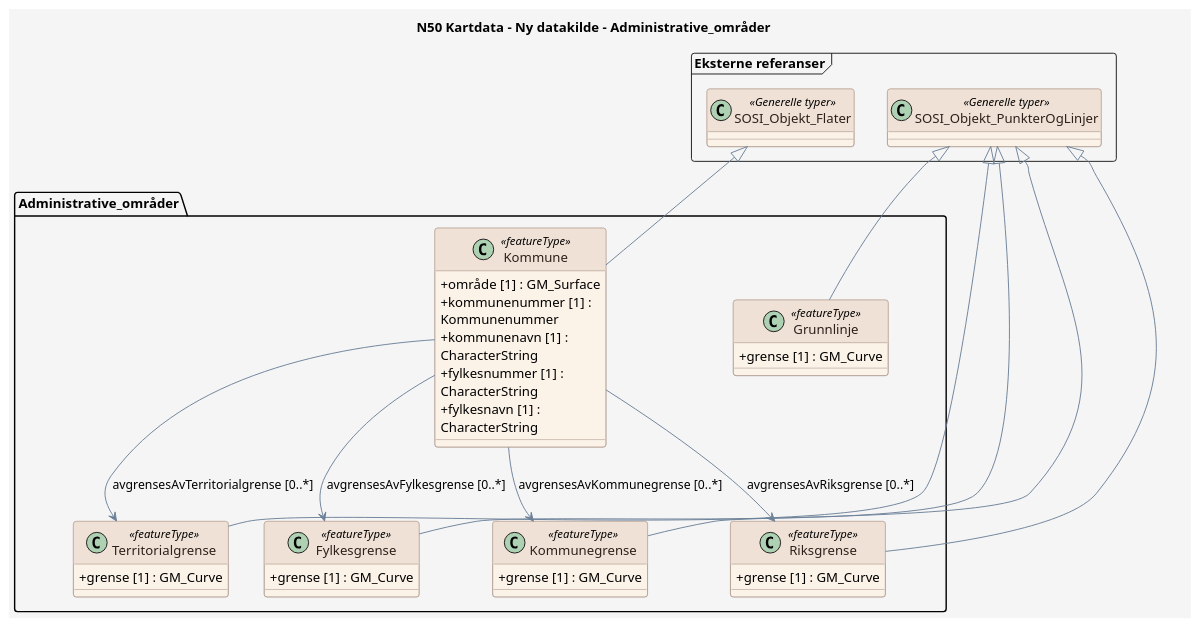
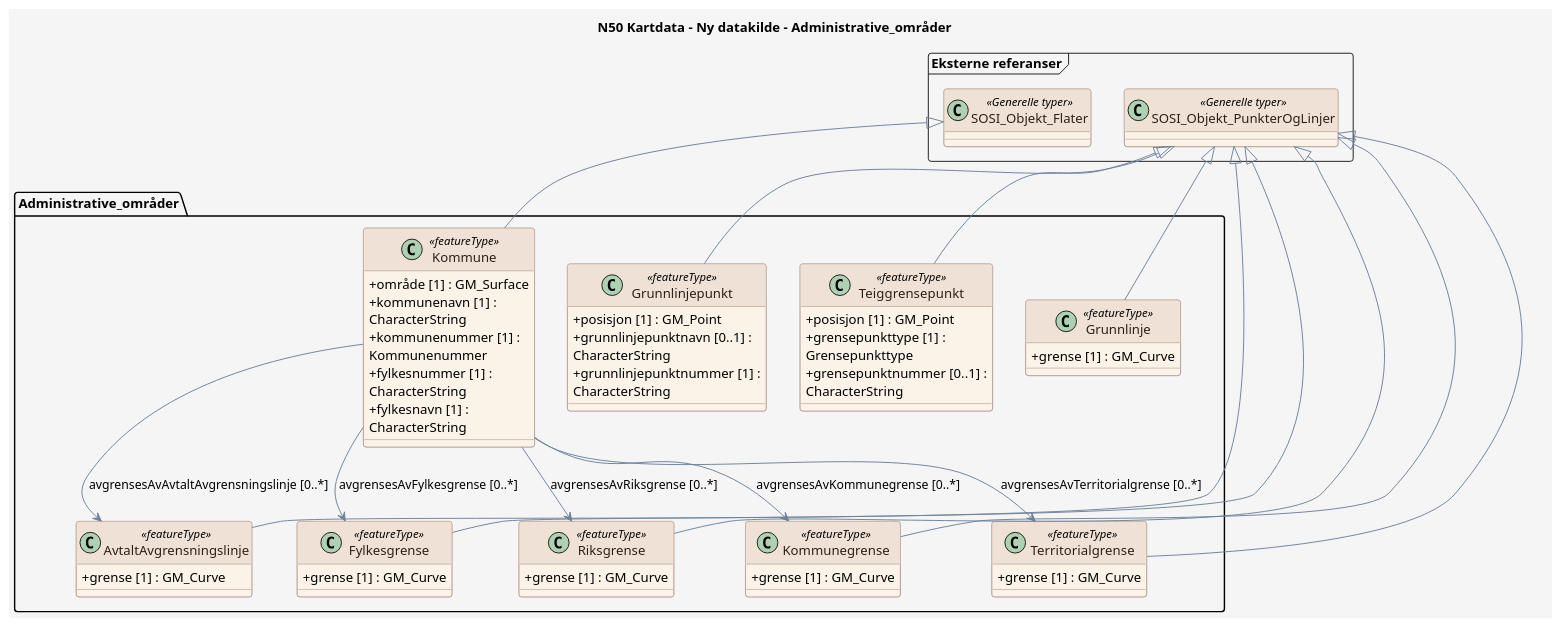
Before and after one commit to KentJonsrud/produktspesifikasjon_sommer: the diagram in produktspesifikasjon/n50-kartdata/ny-datakilde/ny-datakilde_feature_catalogue_Administrative_omr_der.puml, drawn with PlantUML. The commit also changed 26 other files, not shown here.

```diff
--- a/produktspesifikasjon/n50-kartdata/ny-datakilde/ny-datakilde_feature_catalogue_Administrative_omr_der.puml
+++ b/produktspesifikasjon/n50-kartdata/ny-datakilde/ny-datakilde_feature_catalogue_Administrative_omr_der.puml
@@ -1,80 +1,100 @@
 @startuml
 ' For wide diagrams, render with: plantuml -DPLANTUML_LIMIT_SIZE=16384 ...
 ' The 'scale max' directive below caps the rendered output to prevent the
 ' default PlantUML 4096px size limit from cropping the diagram.
 scale max 4000*4000
 
 title N50 Kartdata - Ny datakilde - Administrative_områder
 
 skinparam backgroundColor #F5F5F5
 skinparam shadowing false
 skinparam RoundCorner 6
 skinparam ArrowColor #6C8198
 skinparam wrapWidth 200
 skinparam class {
   BackgroundColor #FBF2E8
   BorderColor #9C8578
   FontColor #2D201A
   HeaderBackgroundColor #EFE1D6
   HeaderFontColor #2D201A
   AttributeIconSize 0
 }
 skinparam note {
   BackgroundColor #FFFFFF
   BorderColor #6C8198
   FontColor #2D201A
 }
 skinparam stereotypeCBackgroundColor #EAD9CE
 skinparam stereotypeCBorderColor #9C8578
 skinparam stereotypeCFontColor #2D201A
 
 package "Administrative_områder" {
 
-  class Territorialgrense <<featureType>> {
+  class AvtaltAvgrensningslinje <<featureType>> {
+    + grense [1] : GM_Curve
+  }
+
+  class Teiggrensepunkt <<featureType>> {
+    + posisjon [1] : GM_Point
+    + grensepunkttype [1] : Grensepunkttype
+    + grensepunktnummer [0..1] : CharacterString
+  }
+
+  class Fylkesgrense <<featureType>> {
+    + grense [1] : GM_Curve
+  }
+
+  class Kommune <<featureType>> {
+    + område [1] : GM_Surface
+    + kommunenavn [1] : CharacterString
+    + kommunenummer [1] : Kommunenummer
+    + fylkesnummer [1] : CharacterString
+    + fylkesnavn [1] : CharacterString
+  }
+
+  class Riksgrense <<featureType>> {
     + grense [1] : GM_Curve
   }
 
   class Grunnlinje <<featureType>> {
     + grense [1] : GM_Curve
   }
 
-  class Kommune <<featureType>> {
-    + område [1] : GM_Surface
-    + kommunenummer [1] : Kommunenummer
-    + kommunenavn [1] : CharacterString
-    + fylkesnummer [1] : CharacterString
-    + fylkesnavn [1] : CharacterString
-  }
-
-  class Fylkesgrense <<featureType>> {
-    + grense [1] : GM_Curve
-  }
-
   class Kommunegrense <<featureType>> {
     + grense [1] : GM_Curve
   }
 
-  class Riksgrense <<featureType>> {
+  class Grunnlinjepunkt <<featureType>> {
+    + posisjon [1] : GM_Point
+    + grunnlinjepunktnavn [0..1] : CharacterString
+    + grunnlinjepunktnummer [1] : CharacterString
+  }
+
+  class Territorialgrense <<featureType>> {
     + grense [1] : GM_Curve
   }
 }
 
 package "Eksterne referanser" <<Frame>> {
   class SOSI_Objekt_Flater <<Generelle typer>> {
   }
   class SOSI_Objekt_PunkterOgLinjer <<Generelle typer>> {
   }
 }
 
+SOSI_Objekt_PunkterOgLinjer <|-- AvtaltAvgrensningslinje
+SOSI_Objekt_PunkterOgLinjer <|-- Teiggrensepunkt
+SOSI_Objekt_PunkterOgLinjer <|-- Fylkesgrense
+SOSI_Objekt_Flater <|-- Kommune
+Kommune --> AvtaltAvgrensningslinje : avgrensesAvAvtaltAvgrensningslinje [0..*]
+Kommune --> Fylkesgrense : avgrensesAvFylkesgrense [0..*]
+Kommune --> Riksgrense : avgrensesAvRiksgrense [0..*]
+Kommune --> Territorialgrense : avgrensesAvTerritorialgrense [0..*]
+Kommune --> Kommunegrense : avgrensesAvKommunegrense [0..*]
+SOSI_Objekt_PunkterOgLinjer <|-- Riksgrense
+SOSI_Objekt_PunkterOgLinjer <|-- Grunnlinje
+SOSI_Objekt_PunkterOgLinjer <|-- Kommunegrense
+SOSI_Objekt_PunkterOgLinjer <|-- Grunnlinjepunkt
 SOSI_Objekt_PunkterOgLinjer <|-- Territorialgrense
-SOSI_Objekt_PunkterOgLinjer <|-- Grunnlinje
-SOSI_Objekt_Flater <|-- Kommune
-Kommune --> Territorialgrense : avgrensesAvTerritorialgrense [0..*]
-Kommune --> Riksgrense : avgrensesAvRiksgrense [0..*]
-Kommune --> Kommunegrense : avgrensesAvKommunegrense [0..*]
-Kommune --> Fylkesgrense : avgrensesAvFylkesgrense [0..*]
-SOSI_Objekt_PunkterOgLinjer <|-- Fylkesgrense
-SOSI_Objekt_PunkterOgLinjer <|-- Kommunegrense
-SOSI_Objekt_PunkterOgLinjer <|-- Riksgrense
 
 @enduml
```
